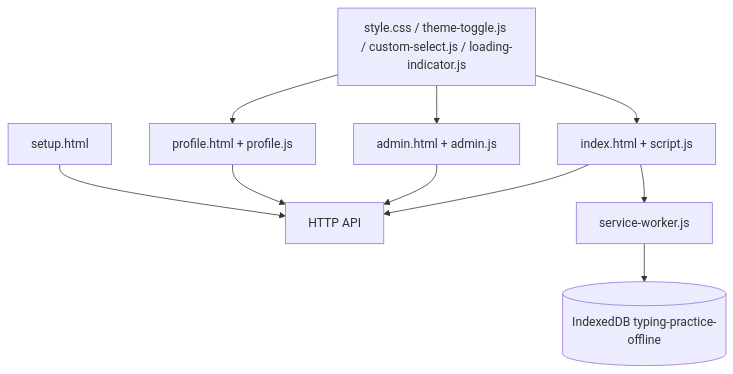
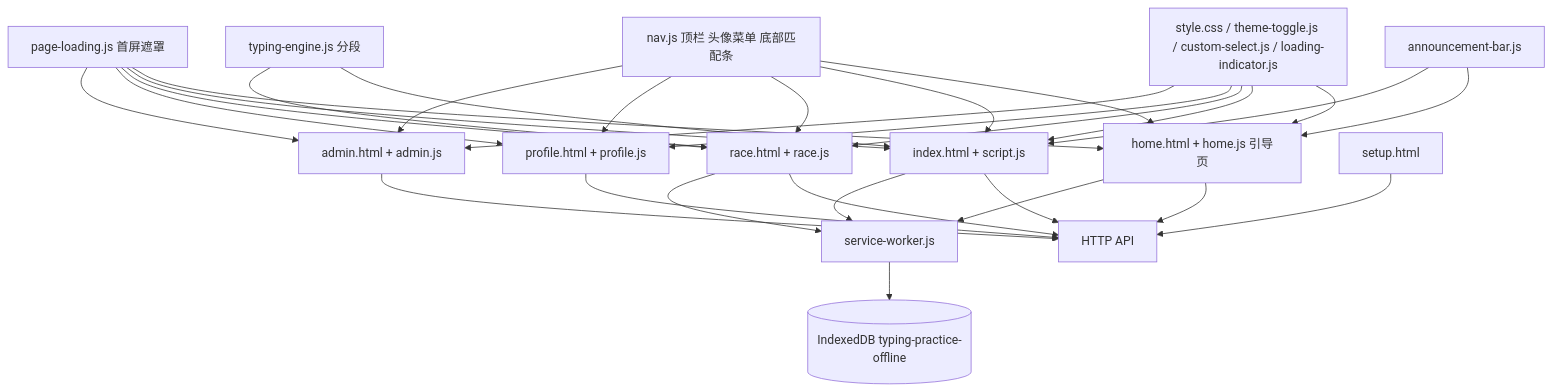
The ninth of 10 diagrams in docs/模块图.md (SliectStudio-official/SliectStudio-Typing), drawn with Mermaid before and after one commit. The commit also changed other lines of this file and 4 other files, not shown here.

Commit message:
docs: 架构重写(93端点+比赛运行时) / 模块图补 race-runtime 与两张表 / 坑库终检 42 条 / P31 收尾批

````diff
--- a/docs/模块图.md
+++ b/docs/模块图.md
@@ -185,12 +297,32 @@
 ```mermaid
 flowchart TB
-  IDX[index.html + script.js] --> APIP[HTTP API]
+  HM[home.html + home.js 引导页] --> APIP[HTTP API]
+  IDX[index.html + script.js] --> APIP
+  RCP[race.html + race.js] --> APIP
+  PRFP[profile.html + profile.js] --> APIP
   ADMP[admin.html + admin.js] --> APIP
-  PRFP[profile.html + profile.js] --> APIP
   STP[setup.html] --> APIP
-  SHARED[style.css / theme-toggle.js / custom-select.js / loading-indicator.js] --> IDX
+  SHARED[style.css / theme-toggle.js / custom-select.js / loading-indicator.js] --> HM
+  SHARED --> IDX
+  SHARED --> RCP
+  SHARED --> PRFP
   SHARED --> ADMP
-  SHARED --> PRFP
-  IDX --> SW[service-worker.js]
+  NAV[nav.js 顶栏 头像菜单 底部匹配条] --> HM
+  NAV --> IDX
+  NAV --> RCP
+  NAV --> PRFP
+  NAV --> ADMP
+  PL[page-loading.js 首屏遮罩] --> HM
+  PL --> IDX
+  PL --> RCP
+  PL --> PRFP
+  PL --> ADMP
+  TE[typing-engine.js 分段] --> IDX
+  TE --> RCP
+  AB[announcement-bar.js] --> HM
+  AB --> IDX
+  HM --> SW[service-worker.js]
+  IDX --> SW
+  RCP --> SW
   SW --> IDB[(IndexedDB typing-practice-offline)]
 ```
````
